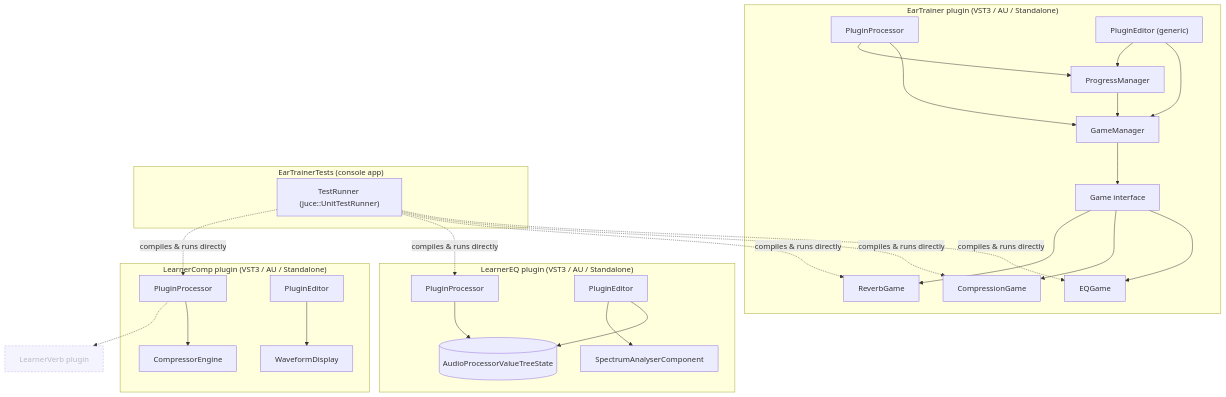
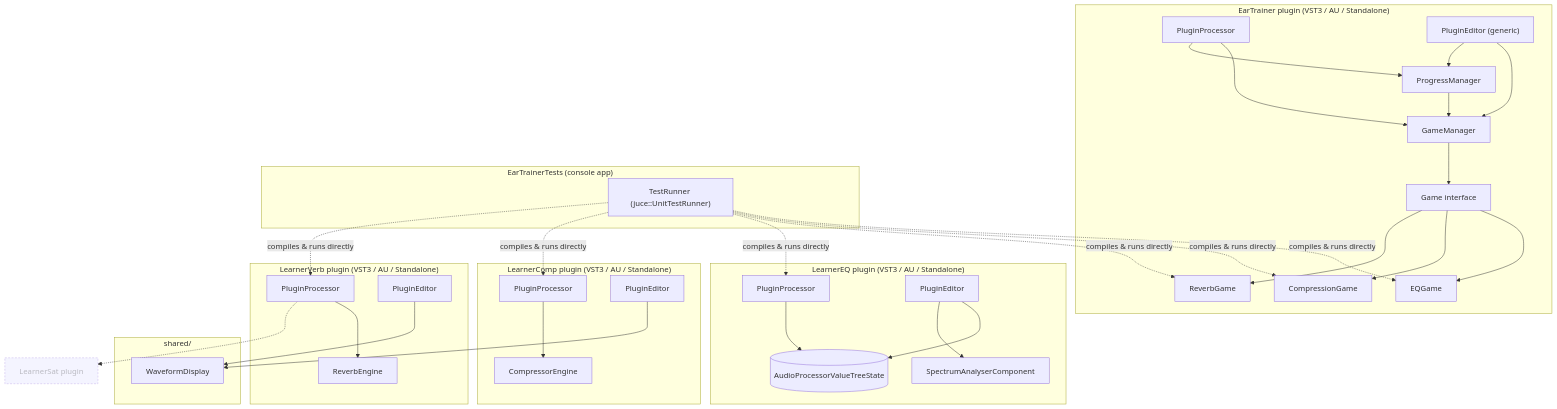
Before and after one commit to bogggare567/abcTrain: the diagram in README.md, drawn with Mermaid. The commit also changed other lines of this file and 19 other files, not shown here.

````diff
--- a/README.md
+++ b/README.md
@@ -33,60 +37,74 @@
 ```mermaid
 flowchart TB
     subgraph EarTrainer["EarTrainer plugin (VST3 / AU / Standalone)"]
         ETProc["PluginProcessor"]
         ETEdit["PluginEditor (generic)"]
         GM["GameManager"]
         GameIface["Game interface"]
         EQGame["EQGame"]
         CompGame["CompressionGame"]
         RevGame["ReverbGame"]
         PM["ProgressManager"]
 
         ETProc --> GM
         ETProc --> PM
         ETEdit --> GM
         ETEdit --> PM
         GM --> GameIface
         GameIface --> EQGame
         GameIface --> CompGame
         GameIface --> RevGame
         PM --> GM
     end
 
     subgraph LearnerEQ["LearnerEQ plugin (VST3 / AU / Standalone)"]
         LEProc["PluginProcessor"]
         LEEdit["PluginEditor"]
         Spectrum["SpectrumAnalyserComponent"]
         APVTS[("AudioProcessorValueTreeState")]
 
         LEProc --> APVTS
         LEEdit --> APVTS
         LEEdit --> Spectrum
     end
 
     subgraph LearnerComp["LearnerComp plugin (VST3 / AU / Standalone)"]
         LCProc["PluginProcessor"]
         LCEdit["PluginEditor"]
         Engine["CompressorEngine"]
-        Waveform["WaveformDisplay"]
 
         LCProc --> Engine
-        LCEdit --> Waveform
+    end
+
+    subgraph LearnerVerb["LearnerVerb plugin (VST3 / AU / Standalone)"]
+        LVProc["PluginProcessor"]
+        LVEdit["PluginEditor"]
+        RevEngine["ReverbEngine"]
+
+        LVProc --> RevEngine
+    end
+
+    subgraph Shared["shared/"]
+        Waveform["WaveformDisplay"]
     end
 
     subgraph Tests["EarTrainerTests (console app)"]
         Runner["TestRunner (juce::UnitTestRunner)"]
     end
 
-    LearnerVerb["LearnerVerb plugin"]
+    LearnerSat["LearnerSat plugin"]
+
+    LCEdit --> Waveform
+    LVEdit --> Waveform
 
     Runner -. "compiles & runs directly" .-> EQGame
     Runner -. "compiles & runs directly" .-> CompGame
     Runner -. "compiles & runs directly" .-> RevGame
     Runner -. "compiles & runs directly" .-> LEProc
     Runner -. "compiles & runs directly" .-> LCProc
-    LCProc -.-> LearnerVerb
+    Runner -. "compiles & runs directly" .-> LVProc
+    LVProc -.-> LearnerSat
 
     classDef planned stroke-dasharray:4 3,opacity:0.55;
-    class LearnerVerb planned;
+    class LearnerSat planned;
 ```
````
